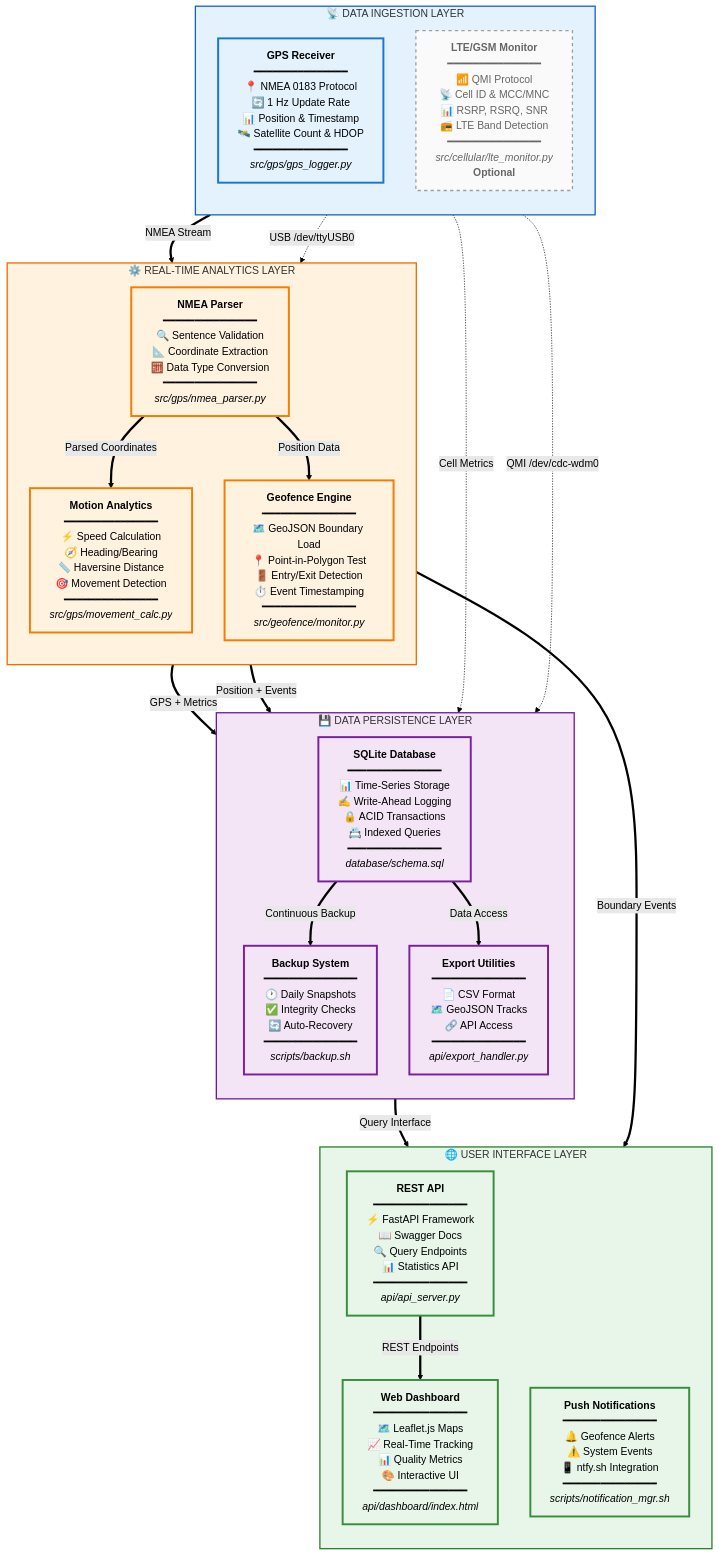
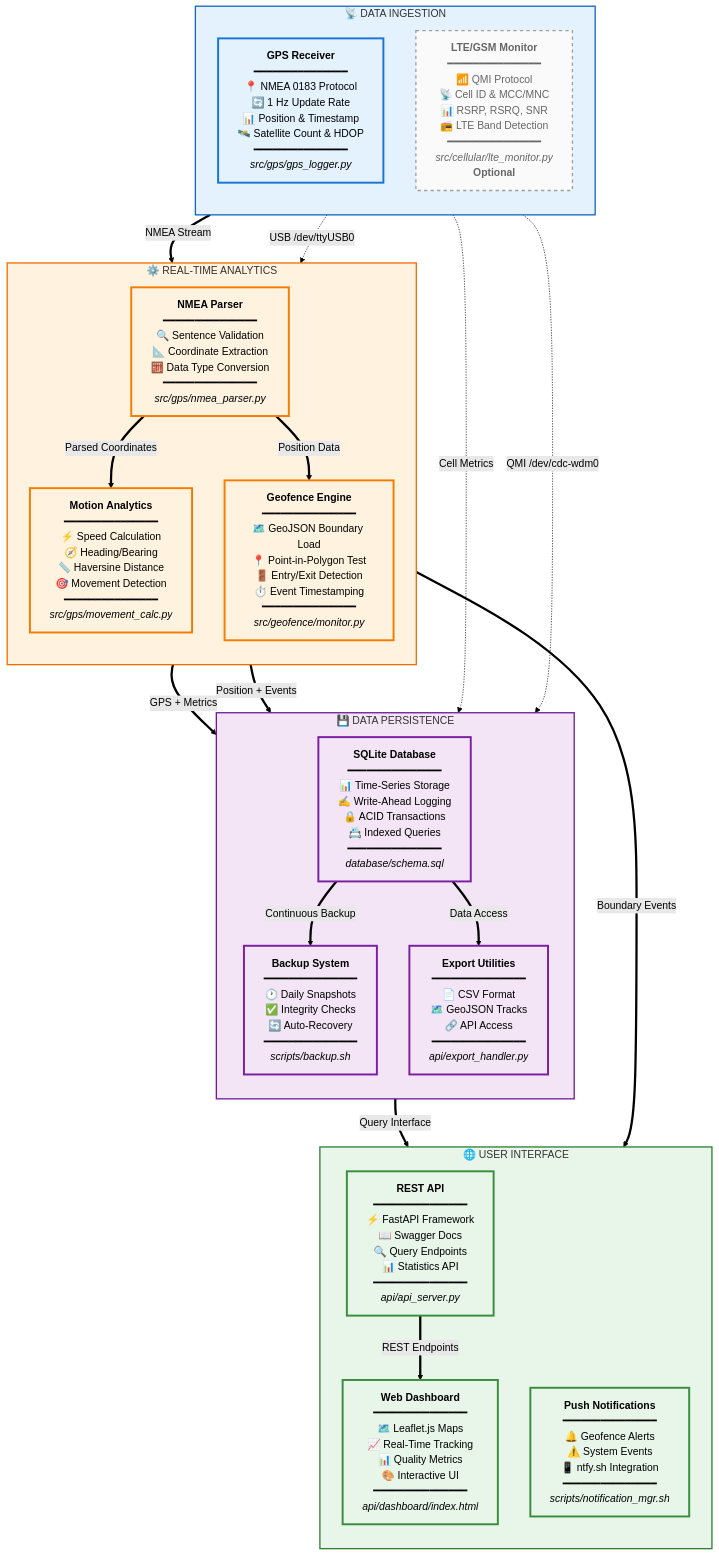
One commit to cramos93/Raspberry-Pi-GPS-Cellular-Data-Logger changed the second of 2 diagrams in README.md. Above: the diagram before and after it, drawn with Mermaid (forest theme).

````diff
--- a/README.md
+++ b/README.md
@@ -118,78 +118,78 @@
 ```mermaid
 graph TB
-    subgraph INPUTS["📡 DATA INGESTION LAYER"]
+    subgraph INPUTS["📡 DATA INGESTION"]
         direction TB
         GPS_IN["<b>GPS Receiver</b><br/>━━━━━━━━━━━━━━━<br/>📍 NMEA 0183 Protocol<br/>🔄 1 Hz Update Rate<br/>📊 Position & Timestamp<br/>🛰️ Satellite Count & HDOP<br/>━━━━━━━━━━━━━━━<br/><i>src/gps/gps_logger.py</i>"]
         
         LTE_IN["<b>LTE/GSM Monitor</b><br/>━━━━━━━━━━━━━━━<br/>📶 QMI Protocol<br/>📡 Cell ID & MCC/MNC<br/>📊 RSRP, RSRQ, SNR<br/>📻 LTE Band Detection<br/>━━━━━━━━━━━━━━━<br/><i>src/cellular/lte_monitor.py</i><br/><b>Optional</b>"]
     end
     
-    subgraph PROCESSING["⚙️ REAL-TIME ANALYTICS LAYER"]
+    subgraph PROCESSING["⚙️ REAL-TIME ANALYTICS"]
         direction TB
         PARSE_P["<b>NMEA Parser</b><br/>━━━━━━━━━━━━━━━<br/>🔍 Sentence Validation<br/>📐 Coordinate Extraction<br/>🧮 Data Type Conversion<br/>━━━━━━━━━━━━━━━<br/><i>src/gps/nmea_parser.py</i>"]
         
         MOTION_P["<b>Motion Analytics</b><br/>━━━━━━━━━━━━━━━<br/>⚡ Speed Calculation<br/>🧭 Heading/Bearing<br/>📏 Haversine Distance<br/>🎯 Movement Detection<br/>━━━━━━━━━━━━━━━<br/><i>src/gps/movement_calc.py</i>"]
         
         FENCE_P["<b>Geofence Engine</b><br/>━━━━━━━━━━━━━━━<br/>🗺️ GeoJSON Boundary Load<br/>📍 Point-in-Polygon Test<br/>🚪 Entry/Exit Detection<br/>⏱️ Event Timestamping<br/>━━━━━━━━━━━━━━━<br/><i>src/geofence/monitor.py</i>"]
     end
     
-    subgraph PERSISTENCE["💾 DATA PERSISTENCE LAYER"]
+    subgraph PERSISTENCE["💾 DATA PERSISTENCE"]
         direction TB
         DB_P["<b>SQLite Database</b><br/>━━━━━━━━━━━━━━━<br/>📊 Time-Series Storage<br/>✍️ Write-Ahead Logging<br/>🔒 ACID Transactions<br/>📇 Indexed Queries<br/>━━━━━━━━━━━━━━━<br/><i>database/schema.sql</i>"]
         
         BACKUP_P["<b>Backup System</b><br/>━━━━━━━━━━━━━━━<br/>🕐 Daily Snapshots<br/>✅ Integrity Checks<br/>🔄 Auto-Recovery<br/>━━━━━━━━━━━━━━━<br/><i>scripts/backup.sh</i>"]
         
         EXPORT_P["<b>Export Utilities</b><br/>━━━━━━━━━━━━━━━<br/>📄 CSV Format<br/>🗺️ GeoJSON Tracks<br/>🔗 API Access<br/>━━━━━━━━━━━━━━━<br/><i>api/export_handler.py</i>"]
     end
     
-    subgraph INTERFACE["🌐 USER INTERFACE LAYER"]
+    subgraph INTERFACE["🌐 USER INTERFACE"]
         direction TB
         API_I["<b>REST API</b><br/>━━━━━━━━━━━━━━━<br/>⚡ FastAPI Framework<br/>📖 Swagger Docs<br/>🔍 Query Endpoints<br/>📊 Statistics API<br/>━━━━━━━━━━━━━━━<br/><i>api/api_server.py</i>"]
         
         DASH_I["<b>Web Dashboard</b><br/>━━━━━━━━━━━━━━━<br/>🗺️ Leaflet.js Maps<br/>📈 Real-Time Tracking<br/>📊 Quality Metrics<br/>🎨 Interactive UI<br/>━━━━━━━━━━━━━━━<br/><i>api/dashboard/index.html</i>"]
         
         NOTIFY_I["<b>Push Notifications</b><br/>━━━━━━━━━━━━━━━<br/>🔔 Geofence Alerts<br/>⚠️ System Events<br/>📱 ntfy.sh Integration<br/>━━━━━━━━━━━━━━━<br/><i>scripts/notification_mgr.sh</i>"]
     end
     
     %% Primary Data Flow (GPS - Required)
     GPS_IN ==>|"NMEA Stream"| PARSE_P
     PARSE_P ==>|"Parsed Coordinates"| MOTION_P
     PARSE_P ==>|"Position Data"| FENCE_P
     MOTION_P ==>|"GPS + Metrics"| DB_P
     FENCE_P ==>|"Position + Events"| DB_P
     
     %% Optional LTE Flow
     LTE_IN -.->|"Cell Metrics"| DB_P
     
     %% Database Operations
     DB_P ==>|"Continuous Backup"| BACKUP_P
     DB_P ==>|"Data Access"| EXPORT_P
     DB_P ==>|"Query Interface"| API_I
     
     %% User Interface Outputs
     API_I ==>|"REST Endpoints"| DASH_I
     FENCE_P ==>|"Boundary Events"| NOTIFY_I
     
     %% Annotations
     GPS_IN -.->|"USB /dev/ttyUSB0"| PARSE_P
     LTE_IN -.->|"QMI /dev/cdc-wdm0"| DB_P
     
     %% Styling
     classDef inputStyle fill:#e3f2fd,stroke:#1976d2,stroke-width:3px,color:#000
     classDef processStyle fill:#fff3e0,stroke:#f57c00,stroke-width:3px,color:#000
     classDef storageStyle fill:#f3e5f5,stroke:#7b1fa2,stroke-width:3px,color:#000
     classDef interfaceStyle fill:#e8f5e9,stroke:#388e3c,stroke-width:3px,color:#000
     classDef optionalStyle fill:#fafafa,stroke:#9e9e9e,stroke-width:2px,stroke-dasharray: 5 5,color:#666
     
     class GPS_IN inputStyle
     class LTE_IN optionalStyle
     class PARSE_P,MOTION_P,FENCE_P processStyle
     class DB_P,BACKUP_P,EXPORT_P storageStyle
     class API_I,DASH_I,NOTIFY_I interfaceStyle
     
     %% Subgraph Styling
     style INPUTS fill:#e3f2fd,stroke:#1565c0,stroke-width:2px
     style PROCESSING fill:#fff3e0,stroke:#ef6c00,stroke-width:2px
     style PERSISTENCE fill:#f3e5f5,stroke:#6a1b9a,stroke-width:2px
     style INTERFACE fill:#e8f5e9,stroke:#2e7d32,stroke-width:2px
 ```
````
